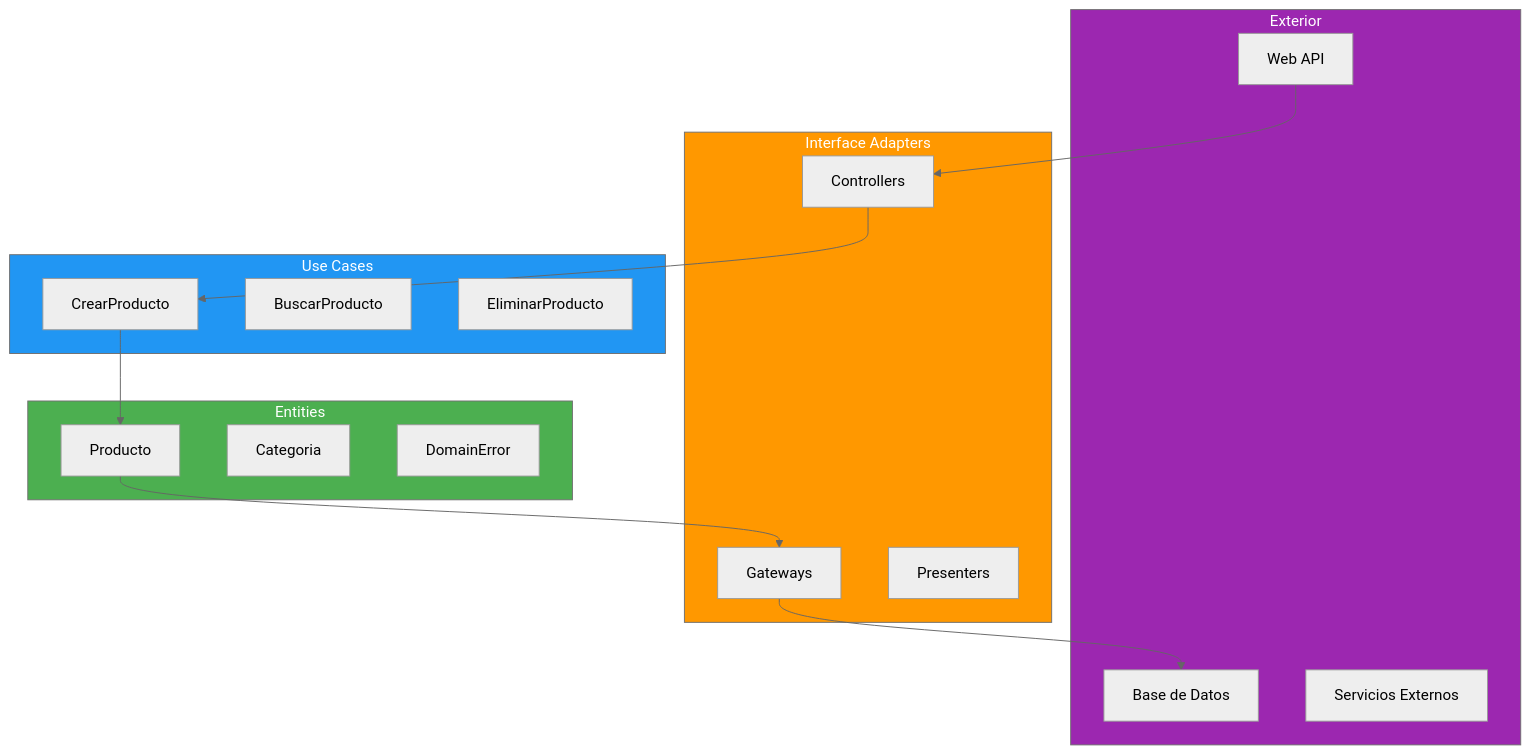
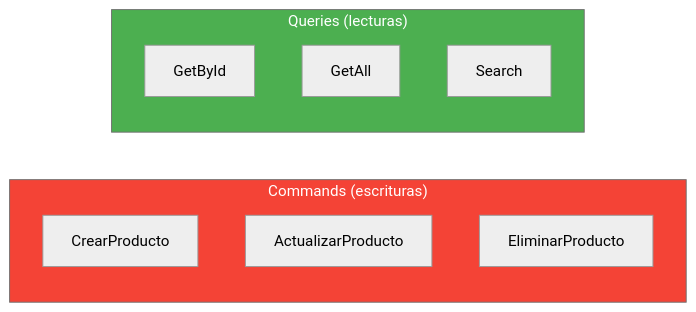
The fifth of 5 diagrams in 11-clean-architecture.md (joseluisgs/DesarrolloWebEntornosServidor-02-2026-2027), drawn with Mermaid (neutral theme) before and after one commit. The commit also changed other lines of this file and 1 other file, not shown here.

Commit message:
[fix] Punto 10: añadir Reto. Punto 11: reescribir con estilo correcto (Buenas prácticas, Reto, Mermaid, 📌 Ejemplo real)

````diff
--- a/11-clean-architecture.md
+++ b/11-clean-architecture.md
@@ -345,37 +363,17 @@
 ```mermaid
-flowchart TB
-    subgraph EXTERIOR["Exterior"]
-        WEB["Web API"]
-        DB["Base de Datos"]
-        EXT["Servicios Externos"]
+flowchart LR
+    subgraph COMMANDS["Commands (escrituras)"]
+        C1["CrearProducto"]
+        C2["ActualizarProducto"]
+        C3["EliminarProducto"]
     end
 
-    subgraph ADAPTERS["Interface Adapters"]
-        CTRL["Controllers"]
-        GW["Gateways"]
-        PRES["Presenters"]
+    subgraph QUERIES["Queries (lecturas)"]
+        Q1["GetById"]
+        Q2["GetAll"]
+        Q3["Search"]
     end
 
-    subgraph USECASES["Use Cases"]
-        UC1["CrearProducto"]
-        UC2["BuscarProducto"]
-        UC3["EliminarProducto"]
-    end
-
-    subgraph ENTITIES["Entities"]
-        ENT1["Producto"]
-        ENT2["Categoria"]
-        ENT3["DomainError"]
-    end
-
-    WEB --> CTRL
-    CTRL --> UC1
-    UC1 --> ENT1
-    ENT1 --> GW
-    GW --> DB
-
-    style ENTITIES fill:#4CAF50,color:#fff
-    style USECASES fill:#2196F3,color:#fff
-    style ADAPTERS fill:#FF9800,color:#fff
-    style EXTERIOR fill:#9C27B0,color:#fff
+    style COMMANDS fill:#f44336,color:#fff
+    style QUERIES fill:#4CAF50,color:#fff
 ```
````
